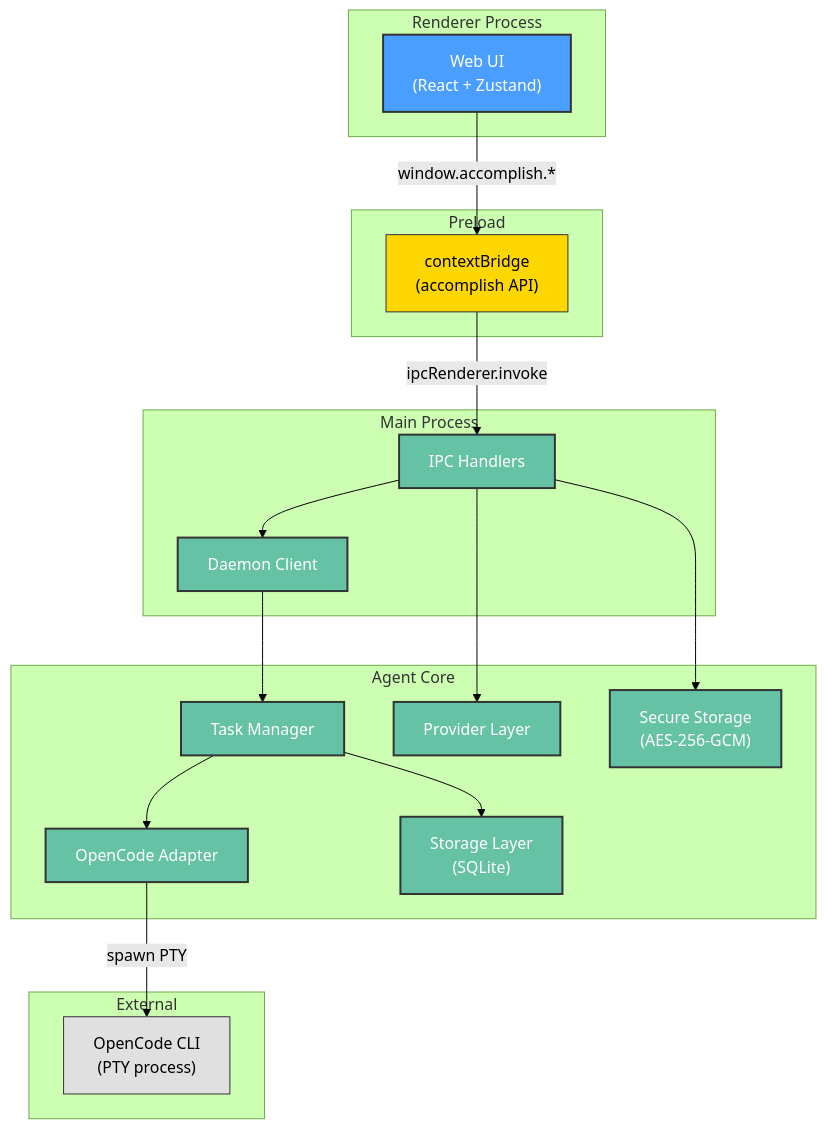
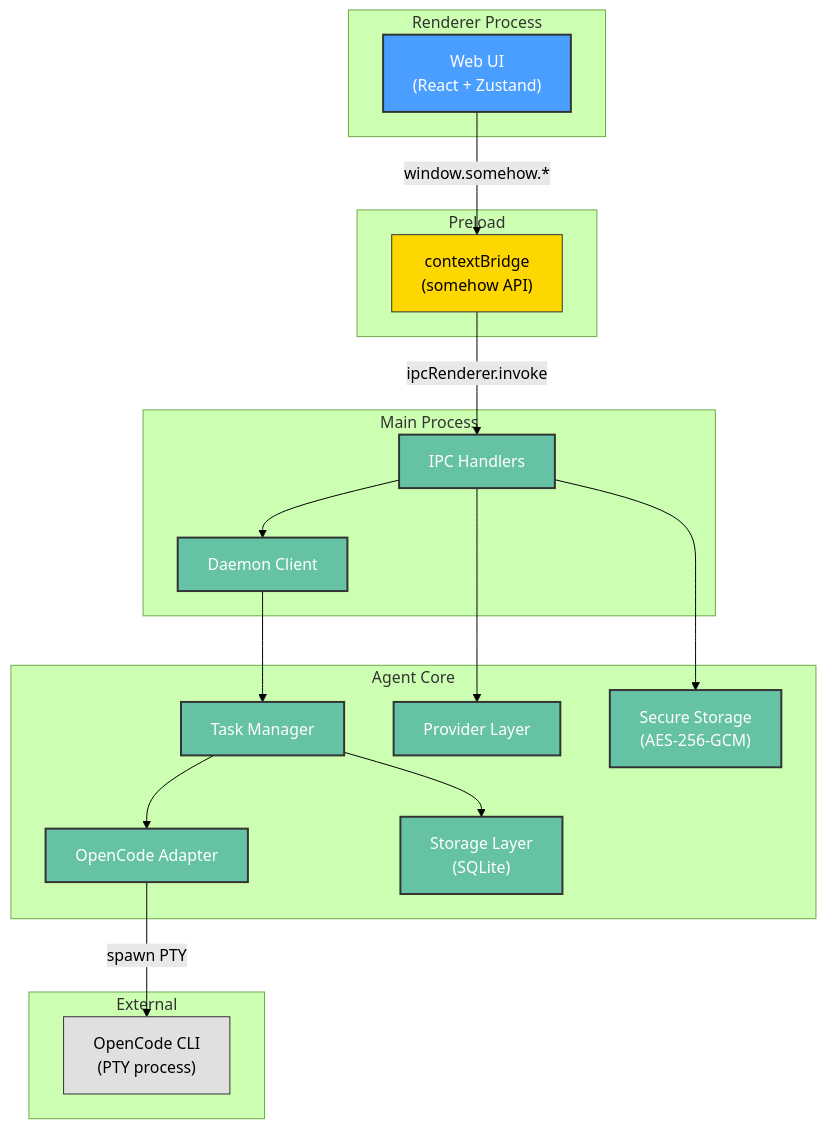
The second of 5 diagrams in AD.md (its-harshit/openplish), drawn with Mermaid (forest theme) before and after one commit. The commit also changed other lines of this file and 148 other files, not shown here.

````diff
--- a/AD.md
+++ b/AD.md
@@ -151,47 +151,47 @@
 ```mermaid
 graph TD
     subgraph "Renderer Process"
         WebUI["Web UI<br/>(React + Zustand)"]
     end
 
     subgraph "Preload"
-        Bridge["contextBridge<br/>(accomplish API)"]
+        Bridge["contextBridge<br/>(somehow API)"]
     end
 
     subgraph "Main Process"
         IPC["IPC Handlers"]
         DaemonClient["Daemon Client"]
     end
 
     subgraph "Agent Core"
         TaskMgr["Task Manager"]
         Adapter["OpenCode Adapter"]
         Providers["Provider Layer"]
         Storage["Storage Layer<br/>(SQLite)"]
         SecureStore["Secure Storage<br/>(AES-256-GCM)"]
     end
 
     subgraph "External"
         OpenCode["OpenCode CLI<br/>(PTY process)"]
     end
 
-    WebUI -->|"window.accomplish.*"| Bridge
+    WebUI -->|"window.somehow.*"| Bridge
     Bridge -->|"ipcRenderer.invoke"| IPC
     IPC --> DaemonClient
     DaemonClient --> TaskMgr
     TaskMgr --> Adapter
     Adapter -->|"spawn PTY"| OpenCode
     TaskMgr --> Storage
     IPC --> Providers
     IPC --> SecureStore
 
     classDef uiNode fill:#4a9eff,stroke:#333,stroke-width:2px,color:#fff
     classDef coreNode fill:#66c2a5,stroke:#333,stroke-width:2px,color:#fff
     classDef extNode fill:#e0e0e0,stroke:#333,stroke-width:1px
     classDef bridgeNode fill:#ffd700,stroke:#333,stroke-width:1px
 
     class WebUI uiNode
     class Bridge bridgeNode
     class IPC,DaemonClient,TaskMgr,Adapter,Providers,Storage,SecureStore coreNode
     class OpenCode extNode
 ```
````
